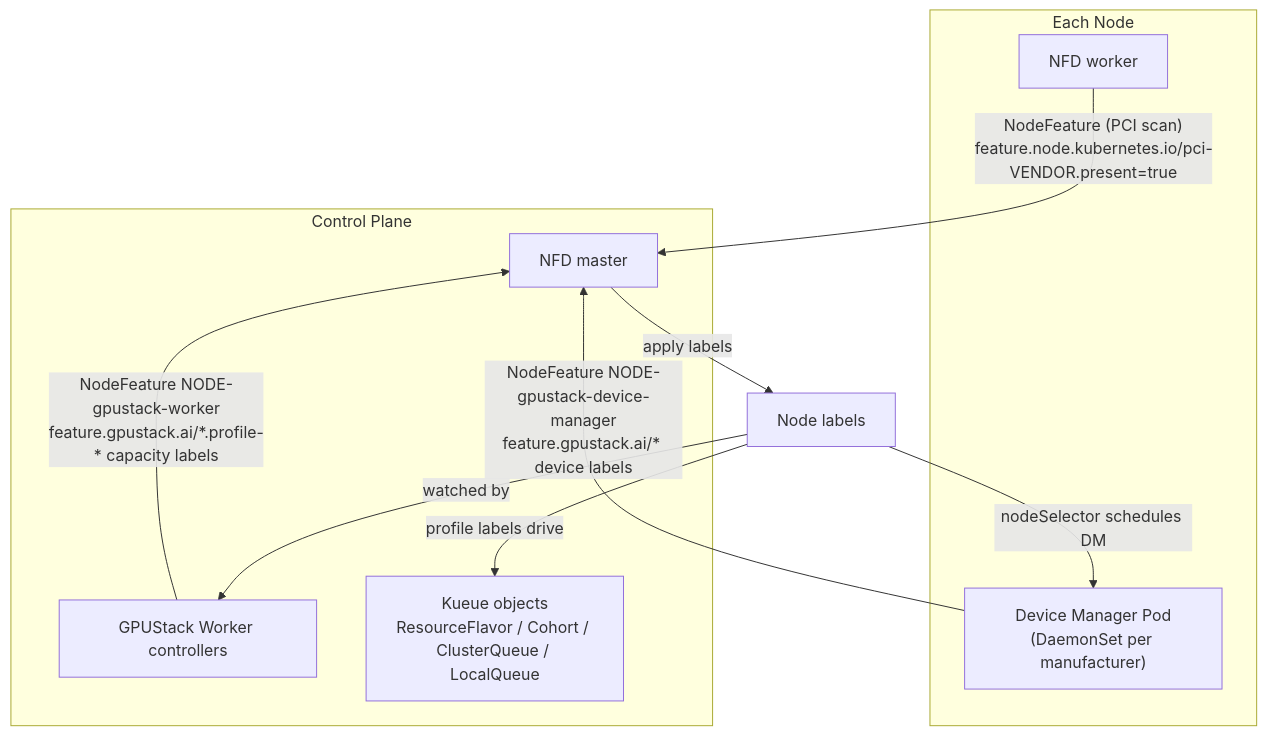
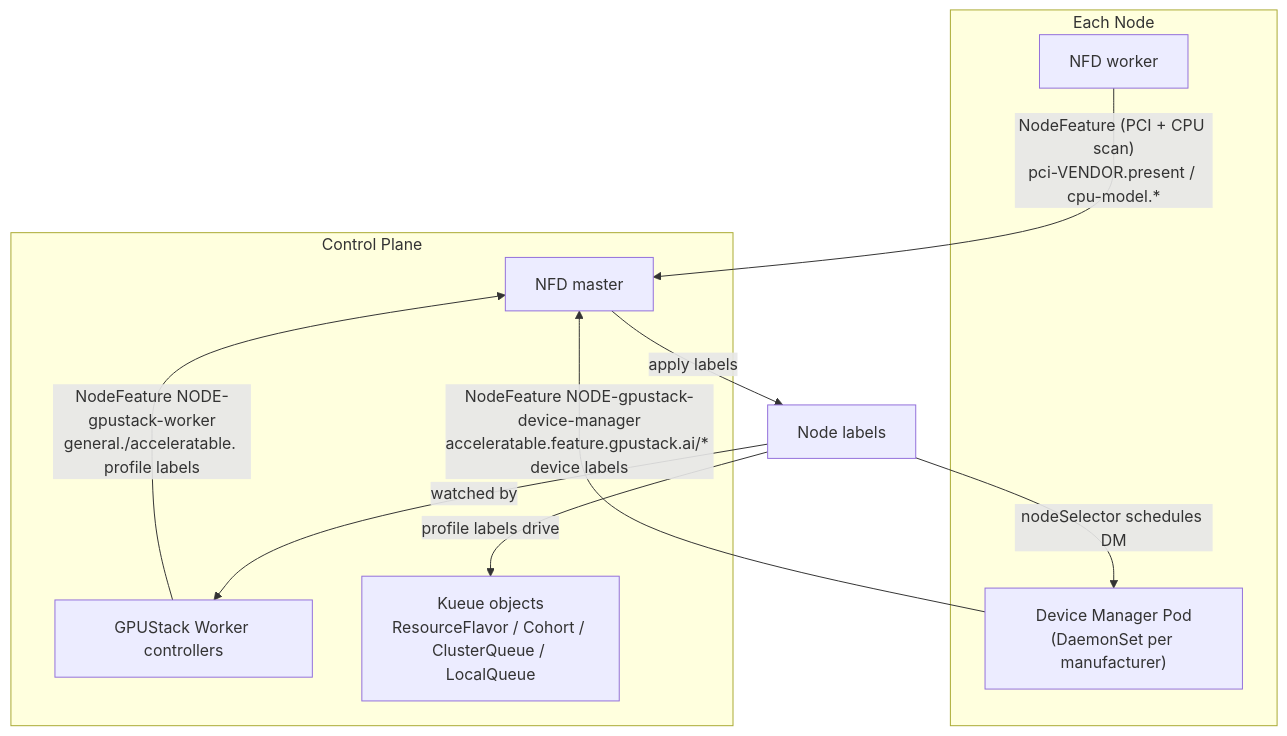
One commit to gpustack/gpustack-operator changed the first of 2 diagrams in docs/architecture.md. Above: the diagram before and after it, drawn with Mermaid. The commit also changed other lines of this file and 13 other files, not shown here.

````diff
--- a/docs/architecture.md
+++ b/docs/architecture.md
@@ -17,21 +17,21 @@
 ```mermaid
 flowchart TD
     subgraph node["Each Node"]
         NFDW["NFD worker"]
         DM["Device Manager Pod<br/>(DaemonSet per manufacturer)"]
     end
 
     subgraph control["Control Plane"]
         NFDM["NFD master"]
         WK["GPUStack Worker controllers"]
         KUEUE["Kueue objects<br/>ResourceFlavor / Cohort / ClusterQueue / LocalQueue"]
     end
 
-    NFDW -- "NodeFeature (PCI scan)<br/>feature.node.kubernetes.io/pci-VENDOR.present=true" --> NFDM
+    NFDW -- "NodeFeature (PCI + CPU scan)<br/>pci-VENDOR.present / cpu-model.*" --> NFDM
     NFDM -- "apply labels" --> NODE["Node labels"]
     NODE -- "nodeSelector schedules DM" --> DM
-    DM -- "NodeFeature NODE-gpustack-device-manager<br/>feature.gpustack.ai/* device labels" --> NFDM
+    DM -- "NodeFeature NODE-gpustack-device-manager<br/>acceleratable.feature.gpustack.ai/* device labels" --> NFDM
     NODE -- "watched by" --> WK
-    WK -- "NodeFeature NODE-gpustack-worker<br/>feature.gpustack.ai/*.profile-* capacity labels" --> NFDM
+    WK -- "NodeFeature NODE-gpustack-worker<br/>general./acceleratable. profile labels" --> NFDM
     NODE -- "profile labels drive" --> KUEUE
 ```
````
